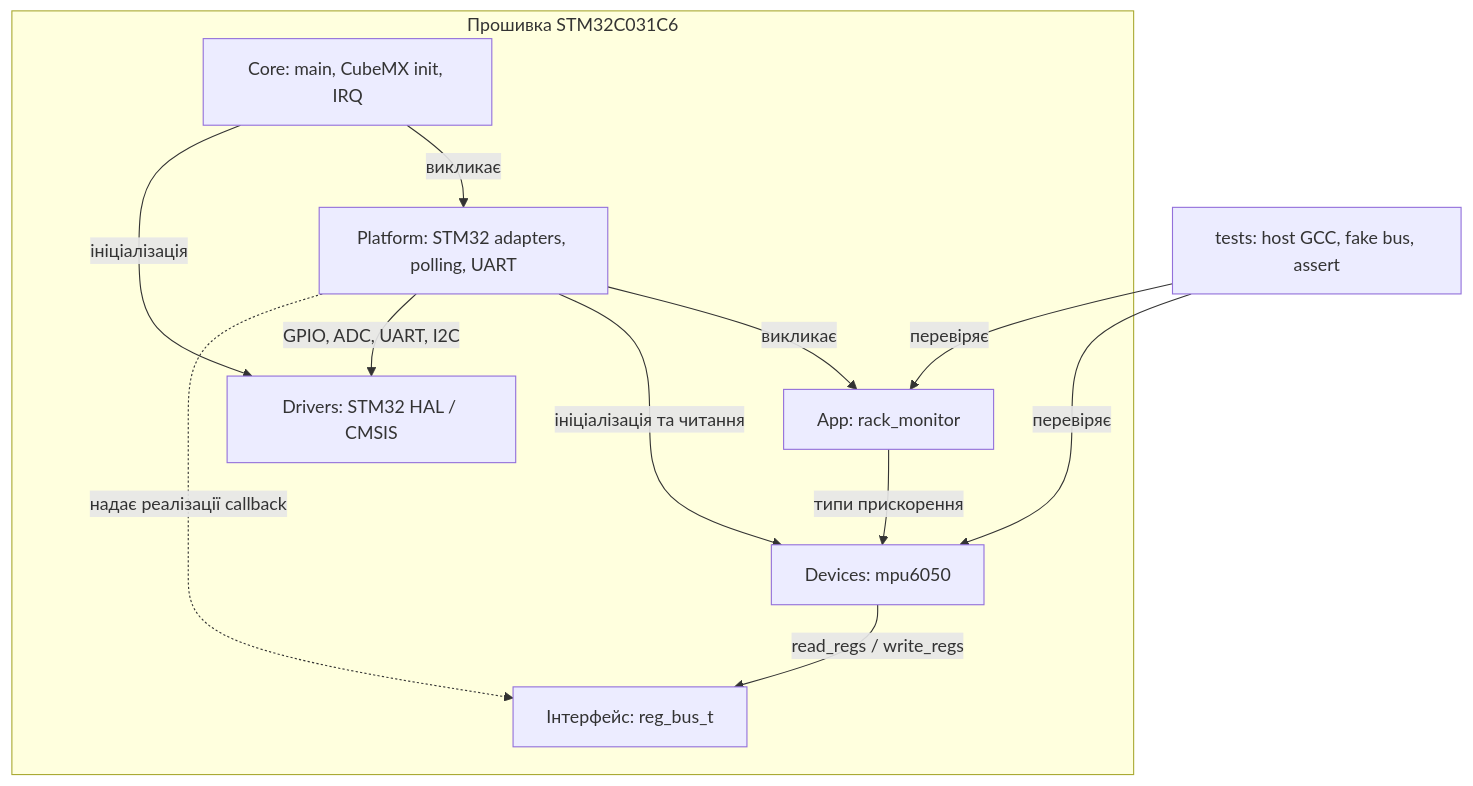
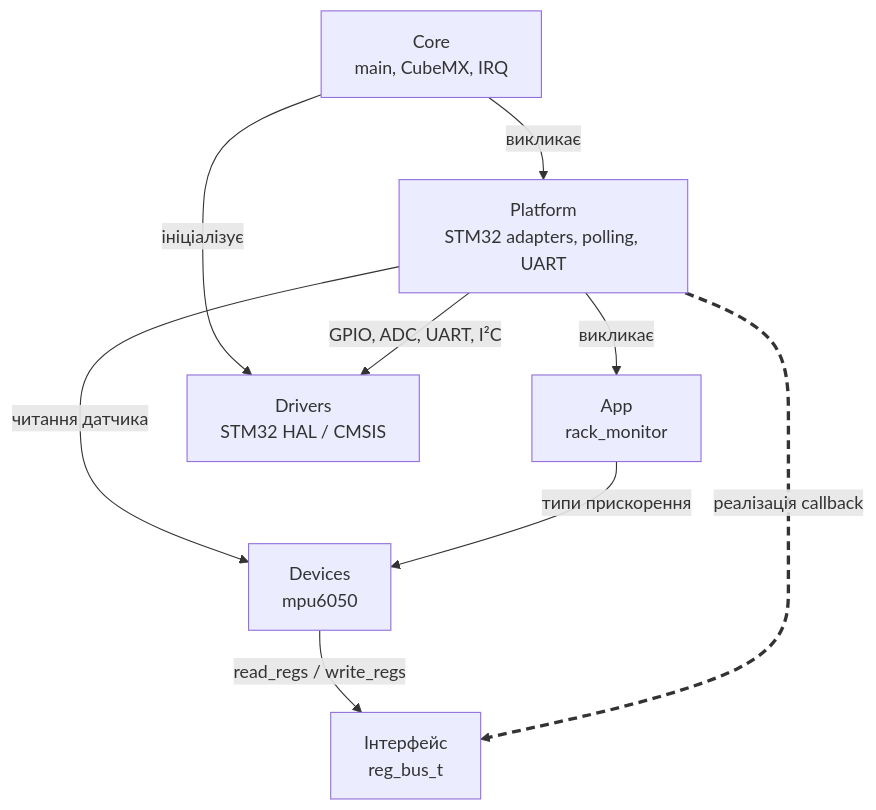
The first of 2 diagrams in docs/architecture.md (in5436/Lab1_Project), drawn with Mermaid before and after one commit. The commit also changed other lines of this file, not shown here.

Commit message:
Покращено відображення діаграми компонентів

````diff
--- a/docs/architecture.md
+++ b/docs/architecture.md
@@ -40,24 +43,20 @@
 ```mermaid
 flowchart TB
-    subgraph Firmware["Прошивка STM32C031C6"]
-        CORE["Core: main, CubeMX init, IRQ"]
-        PLATFORM["Platform: STM32 adapters, polling, UART"]
-        APP["App: rack_monitor"]
-        MPU["Devices: mpu6050"]
-        BUS["Інтерфейс: reg_bus_t"]
-        HAL["Drivers: STM32 HAL / CMSIS"]
+    CORE["Core<br/>main, CubeMX, IRQ"]
+    PLATFORM["Platform<br/>STM32 adapters, polling, UART"]
+    APP["App<br/>rack_monitor"]
+    MPU["Devices<br/>mpu6050"]
+    HAL["Drivers<br/>STM32 HAL / CMSIS"]
+    BUS["Інтерфейс<br/>reg_bus_t"]
 
-        CORE -->|викликає| PLATFORM
-        CORE -->|ініціалізація| HAL
-        PLATFORM -->|викликає| APP
-        PLATFORM -->|ініціалізація та читання| MPU
-        PLATFORM -->|GPIO, ADC, UART, I2C| HAL
-        APP -->|типи прискорення| MPU
-        MPU -->|read_regs / write_regs| BUS
-        PLATFORM -.->|надає реалізації callback| BUS
-    end
+    CORE -->|викликає| PLATFORM
+    CORE -->|ініціалізує| HAL
+    PLATFORM -->|викликає| APP
+    PLATFORM -->|читання датчика| MPU
+    PLATFORM -->|GPIO, ADC, UART, I²C| HAL
+    APP -->|типи прискорення| MPU
+    MPU -->|read_regs / write_regs| BUS
+    PLATFORM -.->|реалізація callback| BUS
 
-    TESTS["tests: host GCC, fake bus, assert"]
-    TESTS -->|перевіряє| MPU
-    TESTS -->|перевіряє| APP
+    linkStyle 7 stroke-width:3px,stroke-dasharray:8 5
 ```
````
